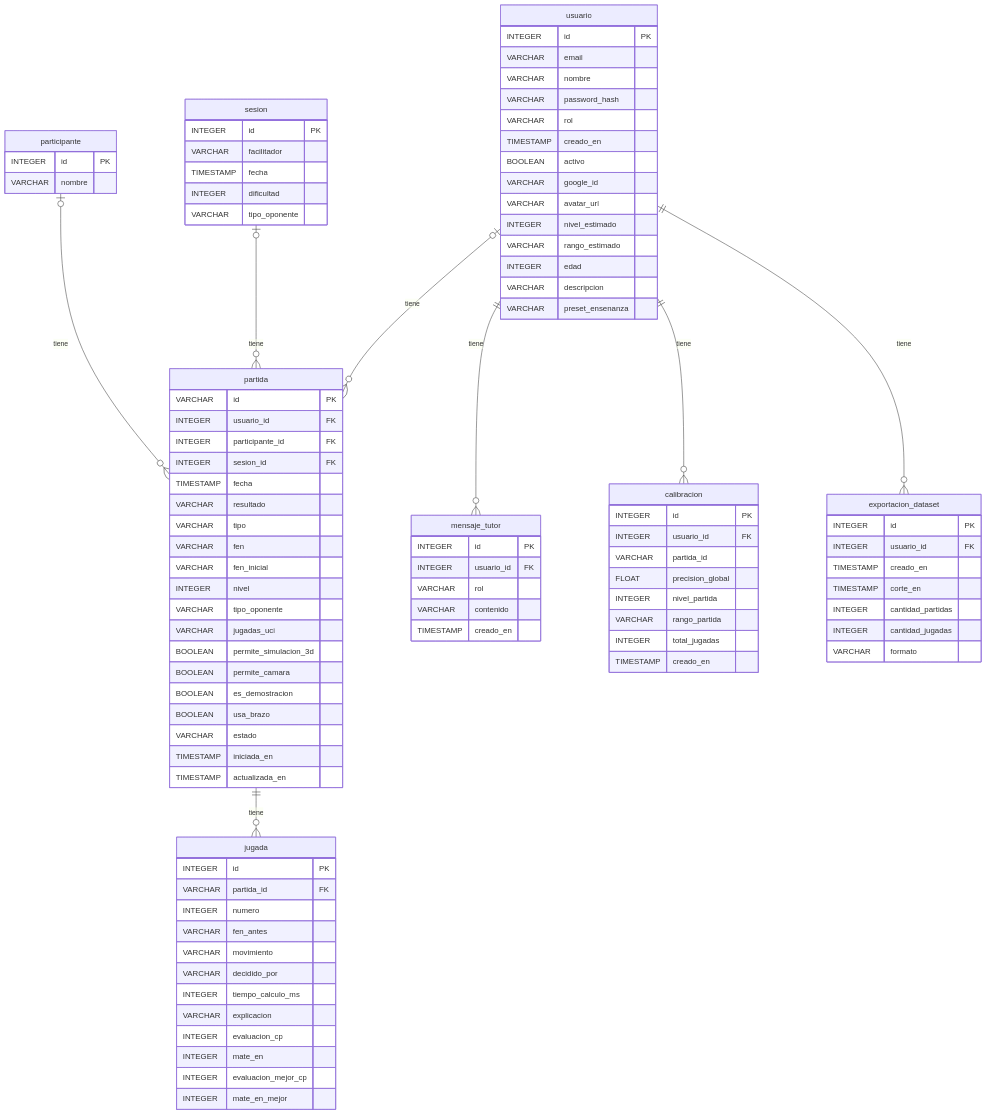
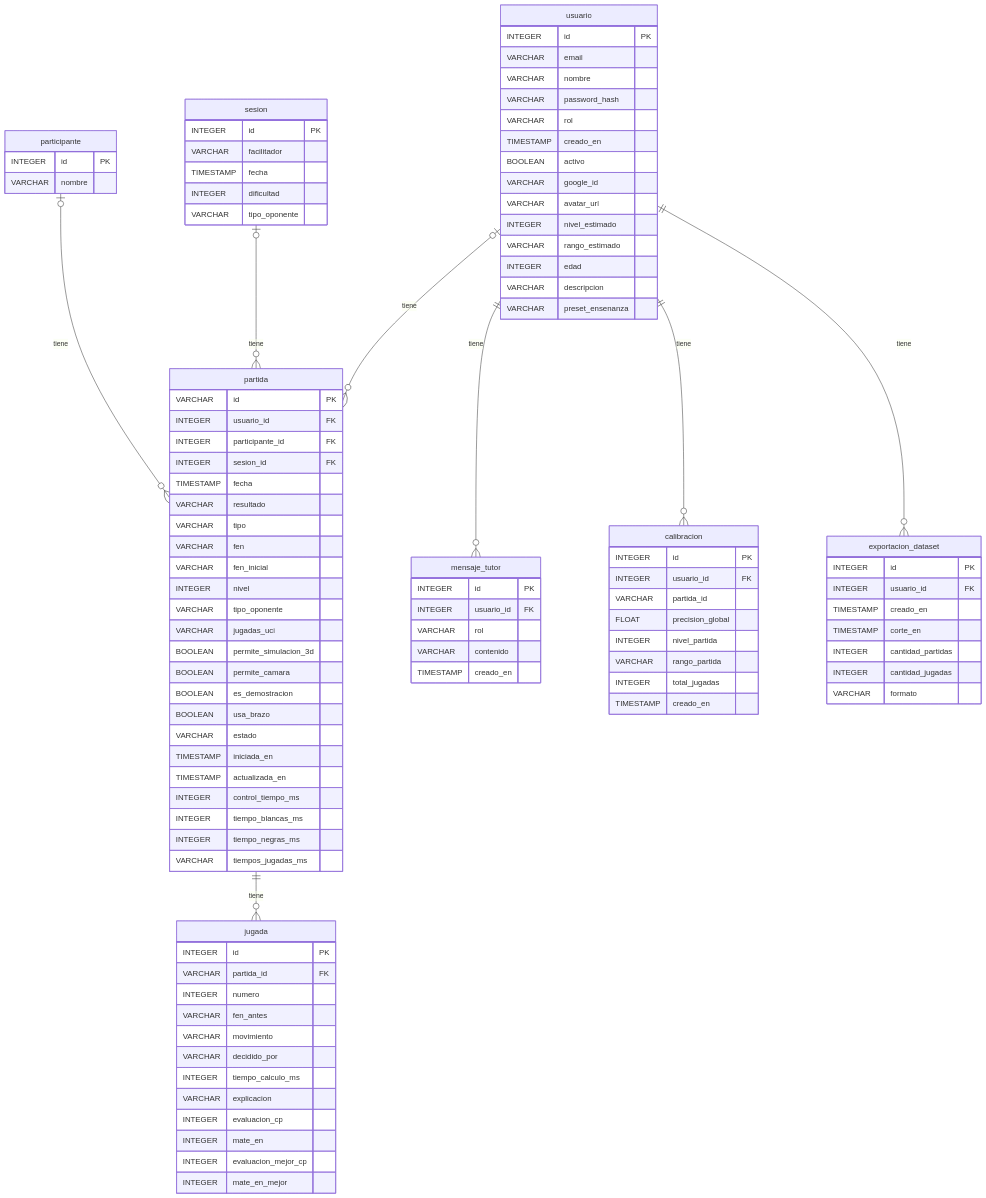
The first of 2 diagrams in docs/base_de_datos/DICCIONARIO_DE_DATOS.md (larzekao9/Brazo-Rob-tico-con-Inteligencia-Artificial-para-el-Aprendizaje-del-Ajedrez), drawn with Mermaid before and after one commit. The commit also changed other lines of this file and 15 other files, not shown here.

```diff
--- a/docs/base_de_datos/DICCIONARIO_DE_DATOS.md
+++ b/docs/base_de_datos/DICCIONARIO_DE_DATOS.md
@@ -248,6 +252,10 @@
         VARCHAR estado
         TIMESTAMP iniciada_en
         TIMESTAMP actualizada_en
+        INTEGER control_tiempo_ms
+        INTEGER tiempo_blancas_ms
+        INTEGER tiempo_negras_ms
+        VARCHAR tiempos_jugadas_ms
     }
     jugada {
         INTEGER id PK
```
